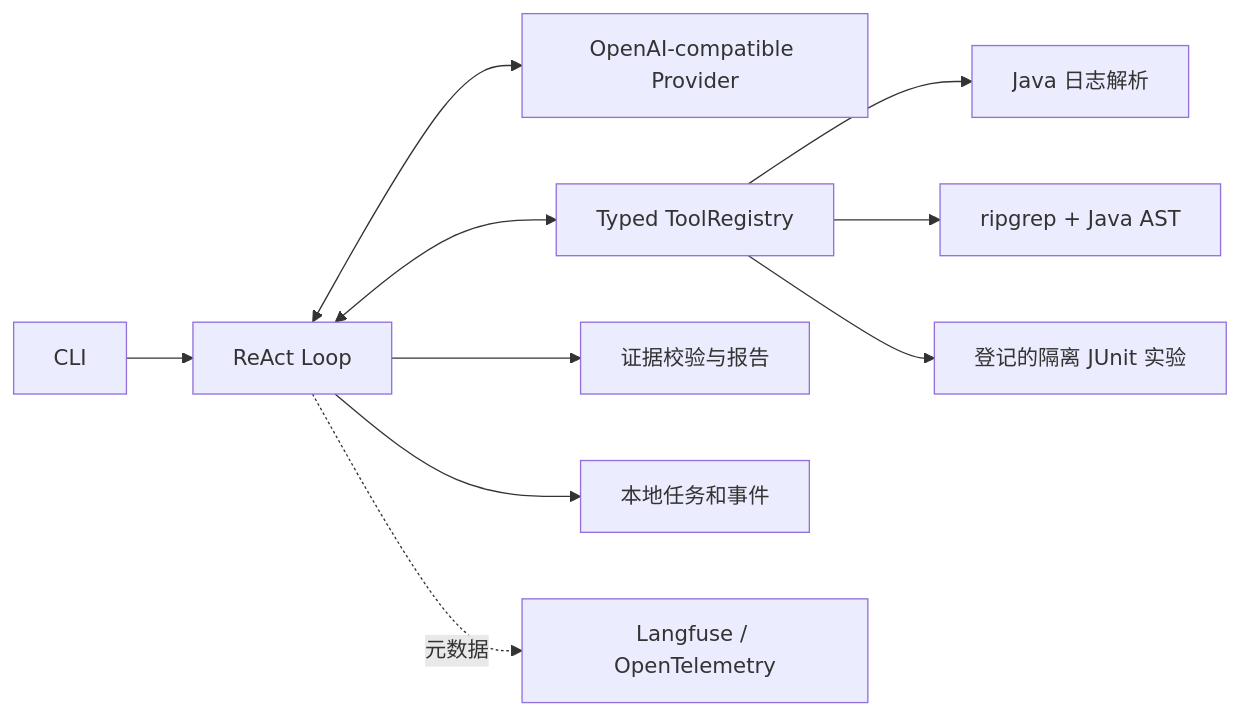
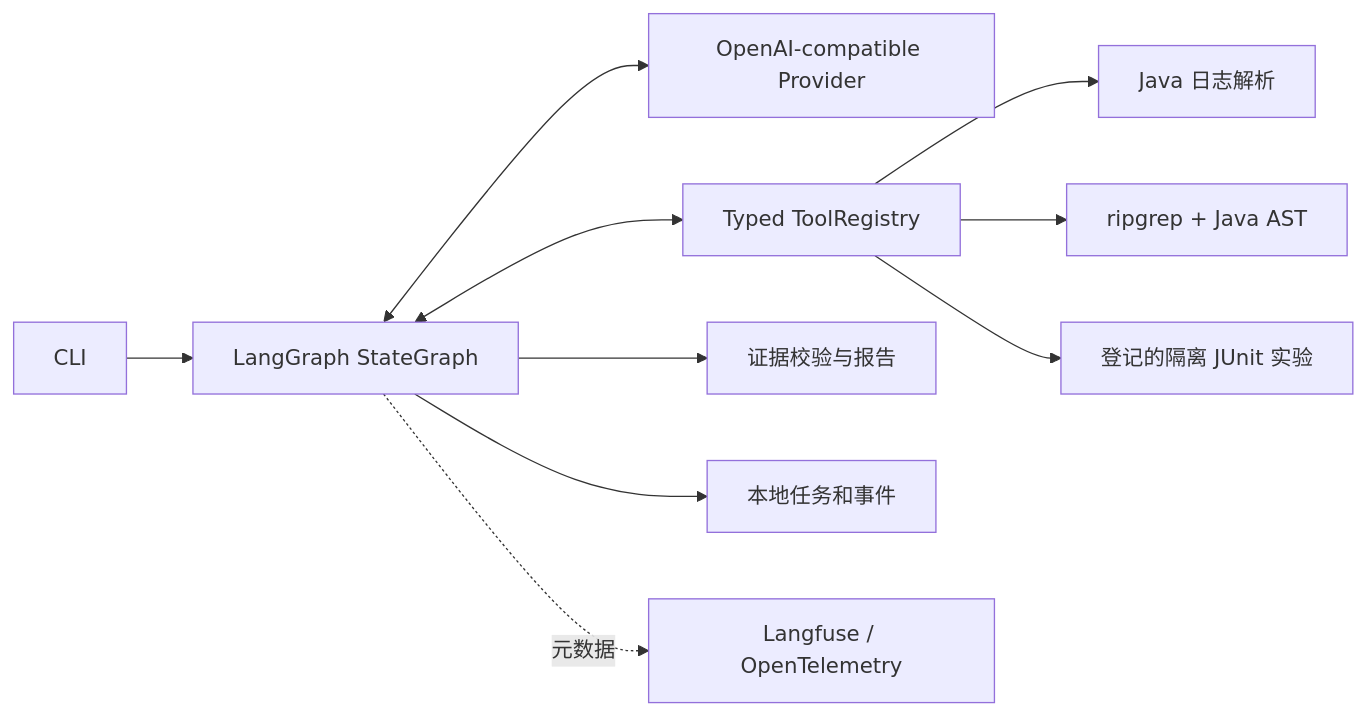
One commit to spylent-1/devtriage changed the diagram in docs/architecture.md. Above: the diagram before and after it, drawn with Mermaid. The commit also changed other lines of this file and 7 other files, not shown here.

````diff
--- a/docs/architecture.md
+++ b/docs/architecture.md
@@ -3,12 +3,12 @@
 ```mermaid
 flowchart LR
-    CLI --> Agent[ReAct Loop]
+    CLI --> Agent[LangGraph StateGraph]
     Agent <--> Model[OpenAI-compatible Provider]
     Agent <--> Tools[Typed ToolRegistry]
     Tools --> Logs[Java 日志解析]
     Tools --> Search[ripgrep + Java AST]
     Tools --> Lab[登记的隔离 JUnit 实验]
     Agent --> Evidence[证据校验与报告]
     Agent --> SQLite[本地任务和事件]
     Agent -. 元数据 .-> LF[Langfuse / OpenTelemetry]
 ```
````
